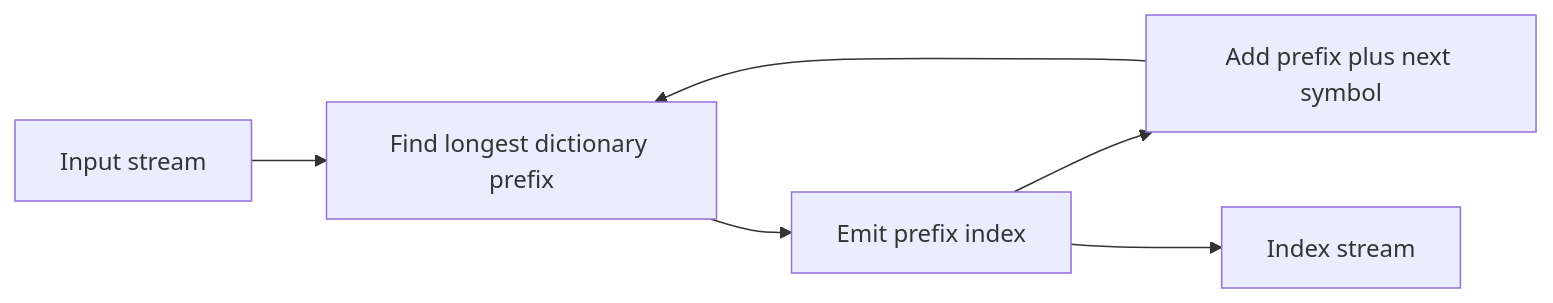
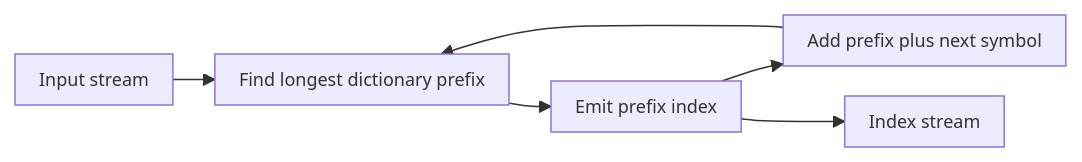
Before and after one commit to alessandro-vulcu-code/ICT2025: the seventh of 31 diagrams in First Year/Second Semester/Multimedia Communications/Summaries/Multimedia Communications - Complete Notes.md, drawn with Mermaid. The commit also changed other lines of this file and 582 other files, not shown here.

````diff
--- a/First Year/Second Semester/Multimedia Communications/Summaries/Multimedia Communications - Complete Notes.md
+++ b/First Year/Second Semester/Multimedia Communications/Summaries/Multimedia Communications - Complete Notes.md
@@ -1726,8 +1738,9 @@
 ```mermaid
+%%{init: {"flowchart": {"useMaxWidth": true, "htmlLabels": false, "nodeSpacing": 18, "rankSpacing": 28, "padding": 8}, "themeVariables": {"fontSize": "12px"}}}%%
 flowchart LR
-    A[Input stream] --> B[Find longest dictionary prefix]
-    B --> C[Emit prefix index]
-    C --> D[Add prefix plus next symbol]
+    A["Input stream"] --> B["Find longest dictionary prefix"]
+    B --> C["Emit prefix index"]
+    C --> D["Add prefix plus next symbol"]
     D --> B
-    C --> E[Index stream]
+    C --> E["Index stream"]
 ```
````
